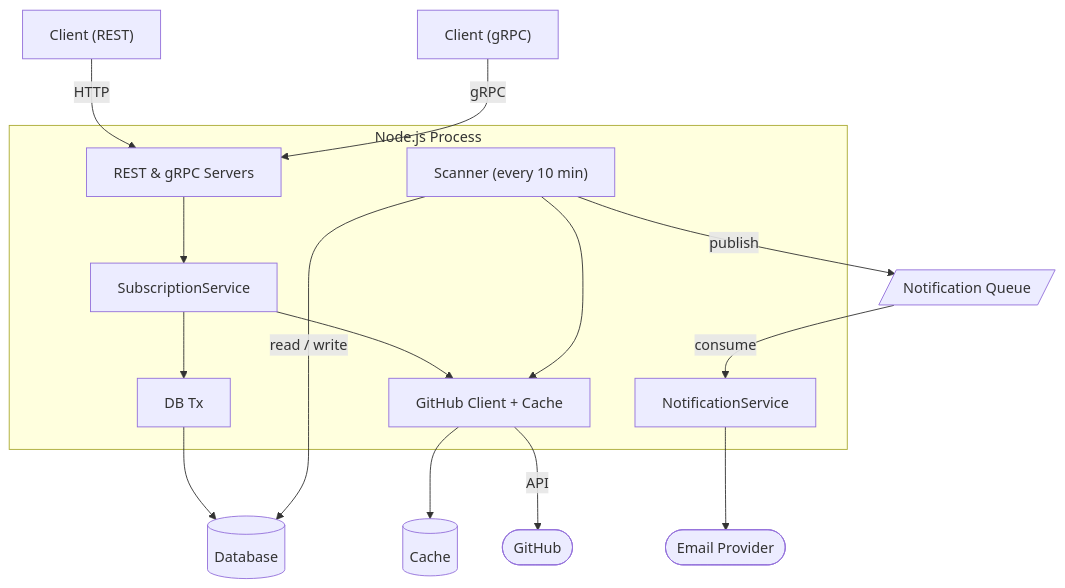
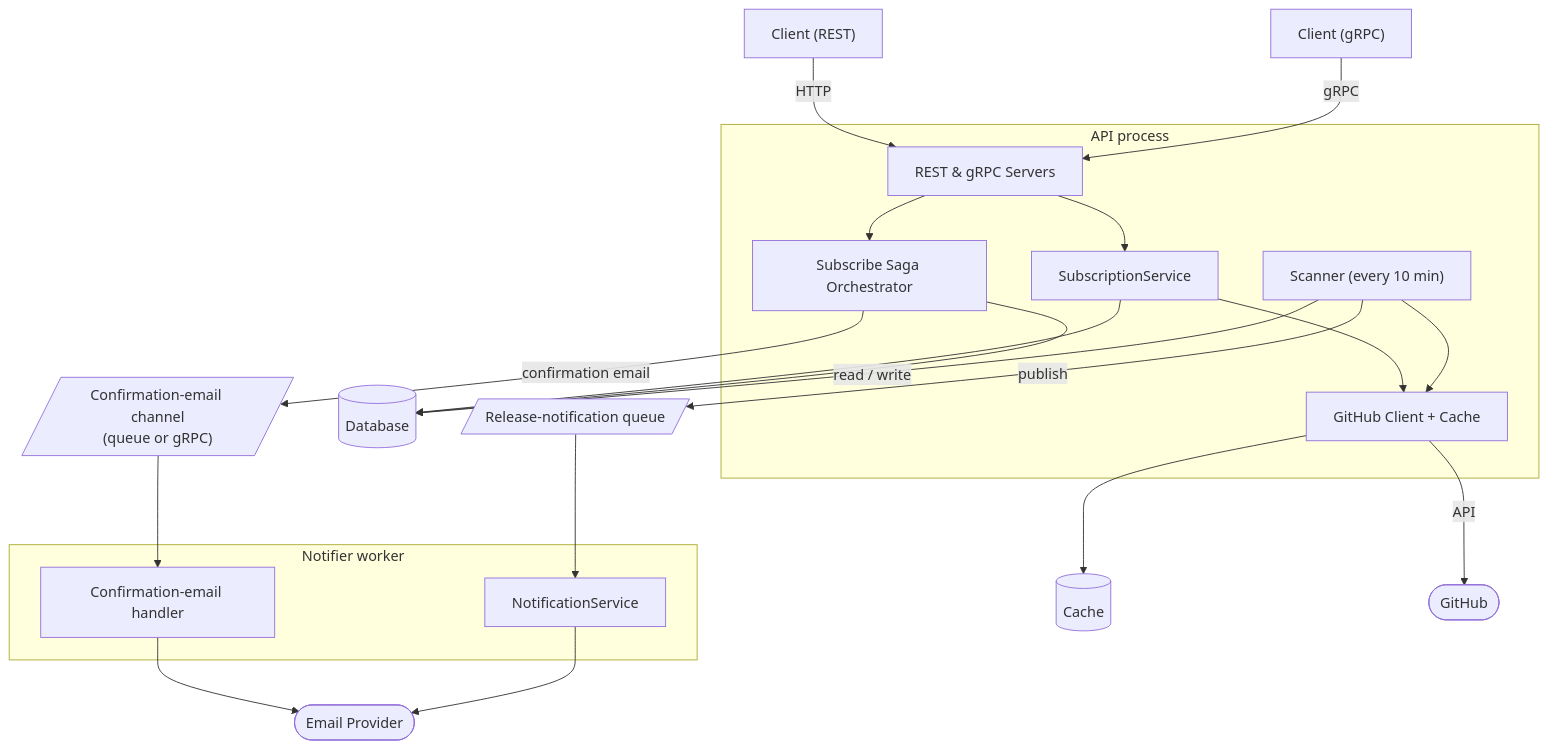
One commit to GenesisEducationKyiv/software-engineering-school-6-0-Crosshell changed the diagram in docs/system-design.md. Above: the diagram before and after it, drawn with Mermaid. The commit also changed other lines of this file and 22 other files, not shown here.

Commit message:
refactor(hw10): enforce layered architecture, add dependency-cruiser boundaries and docs

````diff
--- a/docs/system-design.md
+++ b/docs/system-design.md
@@ -44,34 +48,43 @@
 ```mermaid
 flowchart TD
     REST["Client (REST)"]
     GRPC["Client (gRPC)"]
 
-    subgraph proc["Node.js Process"]
+    subgraph api["API process"]
         Servers["REST & gRPC Servers"]
         SS["SubscriptionService"]
-        DBTx["DB Tx"]
+        Saga["Subscribe Saga Orchestrator"]
         GHClient["GitHub Client + Cache"]
         Scanner["Scanner (every 10 min)"]
+    end
+
+    subgraph worker["Notifier worker"]
         NS["NotificationService"]
+        SagaHandler["Confirmation-email handler"]
     end
 
     DB[("Database")]
     Cache[("Cache")]
-    Queue[/"Notification Queue"/]
+    NotifyChannel[/"Release-notification queue"/]
+    SagaChannel[/"Confirmation-email channel<br/>(queue or gRPC)"/]
     GitHub(["GitHub"])
     Email(["Email Provider"])
 
     REST -->|HTTP| Servers
     GRPC -->|gRPC| Servers
     Servers --> SS
-    SS --> DBTx
+    Servers --> Saga
+    SS --> DB
     SS --> GHClient
-    DBTx --> DB
+    Saga --> DB
+    Saga -->|confirmation email| SagaChannel
+    SagaChannel --> SagaHandler
+    SagaHandler --> Email
     GHClient --> Cache
     GHClient -->|API| GitHub
     Scanner -->|read / write| DB
     Scanner --> GHClient
-    Scanner -->|publish| Queue
-    Queue -->|consume| NS
+    Scanner -->|publish| NotifyChannel
+    NotifyChannel --> NS
     NS --> Email
 ```
````
